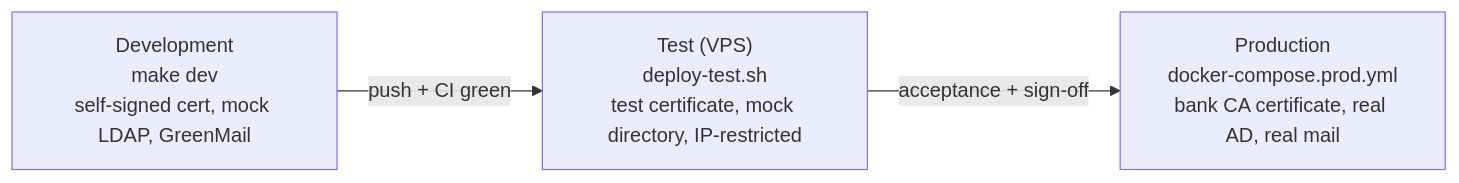
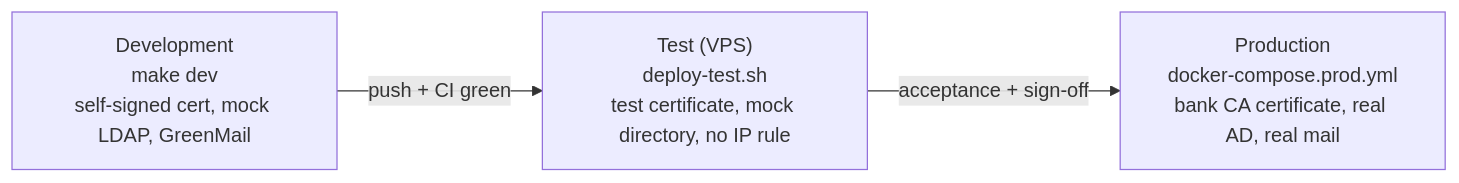
Before and after one commit to irs269/EximPhone: diagram 13 of 16 in docs/en/technical-guide.md, drawn with Mermaid. The commit also changed other lines of this file and 9 other files, not shown here.

Commit message:
Test phase: no IP restriction on clock-in (ENFORCE_SITE_NETWORK, on by default, off in docker-compose.test.yml); deploy-test.sh no longer needs tester addresses

````diff
--- a/docs/en/technical-guide.md
+++ b/docs/en/technical-guide.md
@@ -389,7 +389,7 @@
 ```mermaid
 flowchart LR
   dev["Development<br/>make dev<br/>self-signed cert, mock LDAP, GreenMail"]
-  test["Test (VPS)<br/>deploy-test.sh<br/>test certificate, mock directory, IP-restricted"]
+  test["Test (VPS)<br/>deploy-test.sh<br/>test certificate, mock directory, no IP rule"]
   prod["Production<br/>docker-compose.prod.yml<br/>bank CA certificate, real AD, real mail"]
   dev -->|"push + CI green"| test -->|"acceptance + sign-off"| prod
 ```
````
